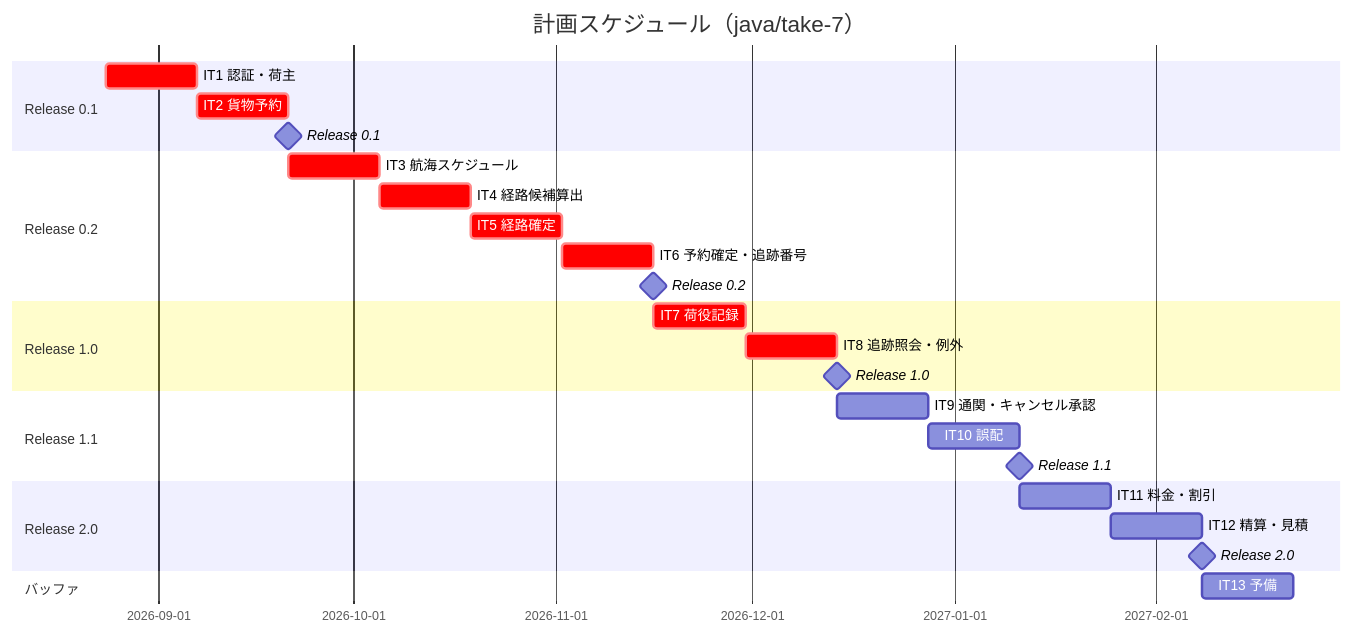
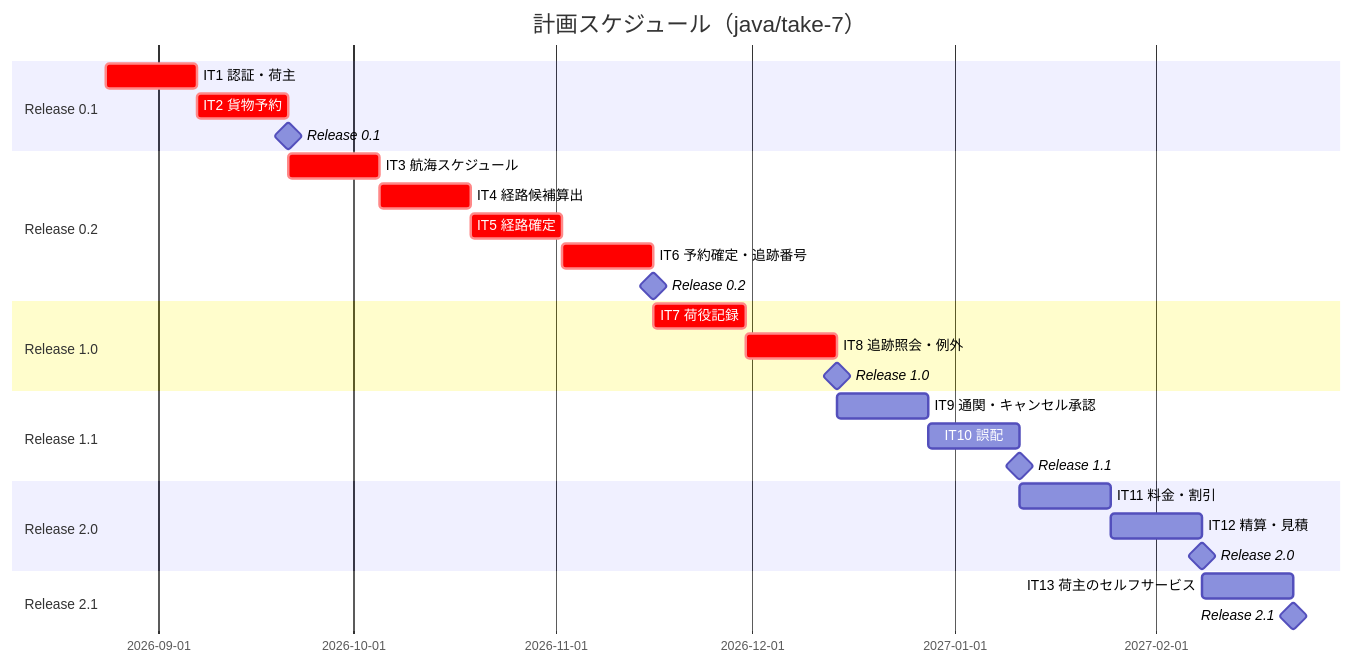
The first of 2 diagrams in docs/development/release_plan.md (k2works/case-study-cargo-tracker), drawn with Mermaid before and after one commit. The commit also changed other lines of this file and 1 other file, not shown here.

First line of the commit message:
docs(plan): US33 を Release 2.1（IT13）に配置する

````diff
--- a/docs/development/release_plan.md
+++ b/docs/development/release_plan.md
@@ -229,29 +239,30 @@
 ```mermaid
 gantt
     title 計画スケジュール（java/take-7）
     dateFormat  YYYY-MM-DD
     section Release 0.1
     IT1 認証・荷主             :crit, p1-1, 2026-08-24, 14d
     IT2 貨物予約               :crit, p1-2, after p1-1, 14d
     Release 0.1               :milestone, m1, after p1-2, 0d
     section Release 0.2
     IT3 航海スケジュール        :crit, p2-1, after p1-2, 14d
     IT4 経路候補算出           :crit, p2-2, after p2-1, 14d
     IT5 経路確定               :crit, p2-3, after p2-2, 14d
     IT6 予約確定・追跡番号      :crit, p2-4, after p2-3, 14d
     Release 0.2               :milestone, m2, after p2-4, 0d
     section Release 1.0
     IT7 荷役記録               :crit, p3-1, after p2-4, 14d
     IT8 追跡照会・例外          :crit, p3-2, after p3-1, 14d
     Release 1.0               :milestone, m3, after p3-2, 0d
     section Release 1.1
     IT9 通関・キャンセル承認    :p4-1, after p3-2, 14d
     IT10 誤配                 :p4-2, after p4-1, 14d
     Release 1.1               :milestone, m4, after p4-2, 0d
     section Release 2.0
     IT11 料金・割引            :p5-1, after p4-2, 14d
     IT12 精算・見積            :p5-2, after p5-1, 14d
     Release 2.0               :milestone, m5, after p5-2, 0d
-    section バッファ
-    IT13 予備                 :p6-1, after p5-2, 14d
+    section Release 2.1
+    IT13 荷主のセルフサービス   :p6-1, after p5-2, 14d
+    Release 2.1               :milestone, m6, after p6-1, 0d
 ```
````
